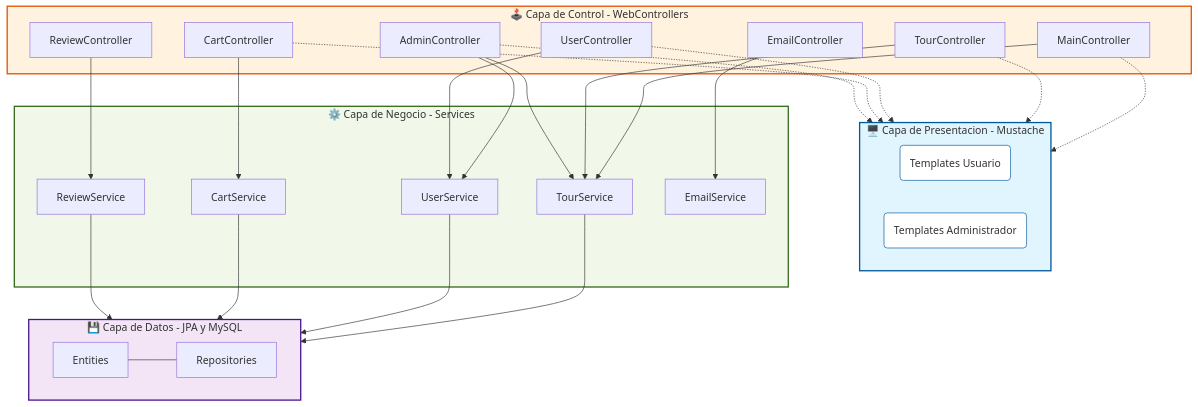
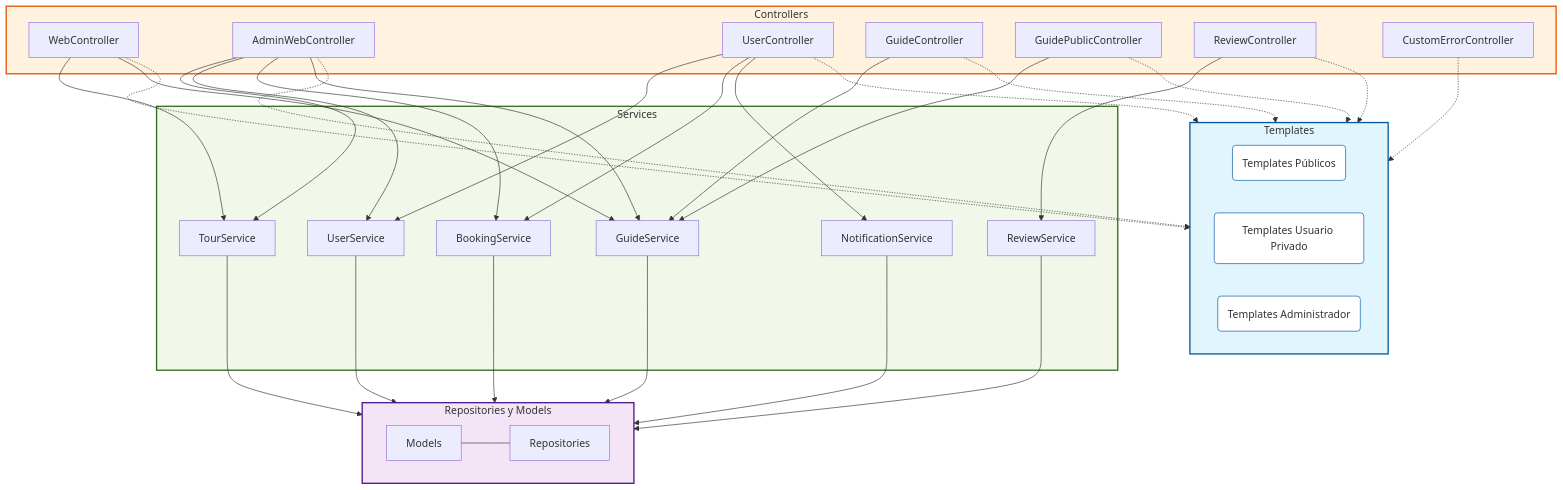
Before and after one commit to DWS-2026/project-grupo-1: the second of 2 diagrams in README.md, drawn with Mermaid.

Commit message:
Diagrama de clases y templates 4

````diff
--- a/README.md
+++ b/README.md
@@ -465,67 +465,81 @@
 ```mermaid
 graph TD
     %% Capa de Presentación
-    subgraph Vistas [🖥️ Capa de Presentacion - Mustache]
+    subgraph Vistas [Templates]
         direction LR
-        V_User(Templates Usuario)
+        V_Public(Templates Públicos)
+        V_User(Templates Usuario Privado)
         V_Admin(Templates Administrador)
     end
 
     %% Capa de Control
-    subgraph Controladores [🕹️ Capa de Control - WebControllers]
-        C_Main[MainController]
-        C_Tour[TourController]
+    subgraph Controladores [Controllers]
+        C_Web[WebController]
+        C_Admin[AdminWebController]
         C_User[UserController]
-        C_Admin[AdminController]
-        C_Cart[CartController]
+        C_Guide[GuideController]
+        C_GuidePub[GuidePublicController]
         C_Review[ReviewController]
-        C_Email[EmailController]
+        C_Error[CustomErrorController]
     end
 
     %% Capa de Servicio
-    subgraph Servicios [⚙️ Capa de Negocio - Services]
+    subgraph Servicios [Services]
+        S_Booking[BookingService]
+        S_Guide[GuideService]
+        S_Notification[NotificationService]
+        S_Review[ReviewService]
         S_Tour[TourService]
         S_User[UserService]
-        S_Cart[CartService]
-        S_Review[ReviewService]
-        S_Email[EmailService]
     end
 
     %% Capa de Datos
-    subgraph Datos [💾 Capa de Datos - JPA y MySQL]
+    subgraph Datos [Repositories y Models]
         direction RL
         Repositorios[Repositories]
-        Entidades[Entities]
+        Modelos[Models]
     end
 
-    %% Relaciones
-    C_Main -.-> V_User
-    C_Tour -.-> V_User
+    %% Relaciones Controladores -> Vistas (Mustache)
+    C_Web -.-> V_Public
+    C_GuidePub -.-> V_Public
     C_User -.-> V_User
-    C_Cart -.-> V_User
+    C_Guide -.-> V_User
+    C_Review -.-> V_User
     C_Admin -.-> V_Admin
+    C_Error -.-> V_Public
 
-    C_Main --> S_Tour
-    C_Tour --> S_Tour
+    %% Relaciones Controladores -> Servicios
+    C_Web --> S_Tour
+    C_Web --> S_Guide
     C_Admin --> S_Tour
     C_Admin --> S_User
-    C_Cart --> S_Cart
+    C_Admin --> S_Booking
+    C_Admin --> S_Guide
     C_User --> S_User
+    C_User --> S_Booking
+    C_User --> S_Notification
+    C_Guide --> S_Guide
+    C_GuidePub --> S_Guide
     C_Review --> S_Review
-    C_Email --> S_Email
-    
+
+    %% Relaciones Servicios -> Repositorios
+    S_Booking --> Repositorios
+    S_Guide --> Repositorios
+    S_Notification --> Repositorios
+    S_Review --> Repositorios
     S_Tour --> Repositorios
     S_User --> Repositorios
-    S_Cart --> Repositorios
-    S_Review --> Repositorios
     
-    Repositorios --- Entidades
+    %% Relación Repositorios -> Modelos (Entidades)
+    Repositorios --- Modelos
 
     %% Estilos
     style Vistas fill:#e1f5fe,stroke:#01579b,stroke-width:2px
     style Controladores fill:#fff3e0,stroke:#e65100,stroke-width:2px
     style Servicios fill:#f1f8e9,stroke:#33691e,stroke-width:2px
     style Datos fill:#f3e5f5,stroke:#4a148c,stroke-width:2px
+    style V_Public fill:#fff,stroke:#01579b
     style V_User fill:#fff,stroke:#01579b
     style V_Admin fill:#fff,stroke:#01579b
 ```
````
